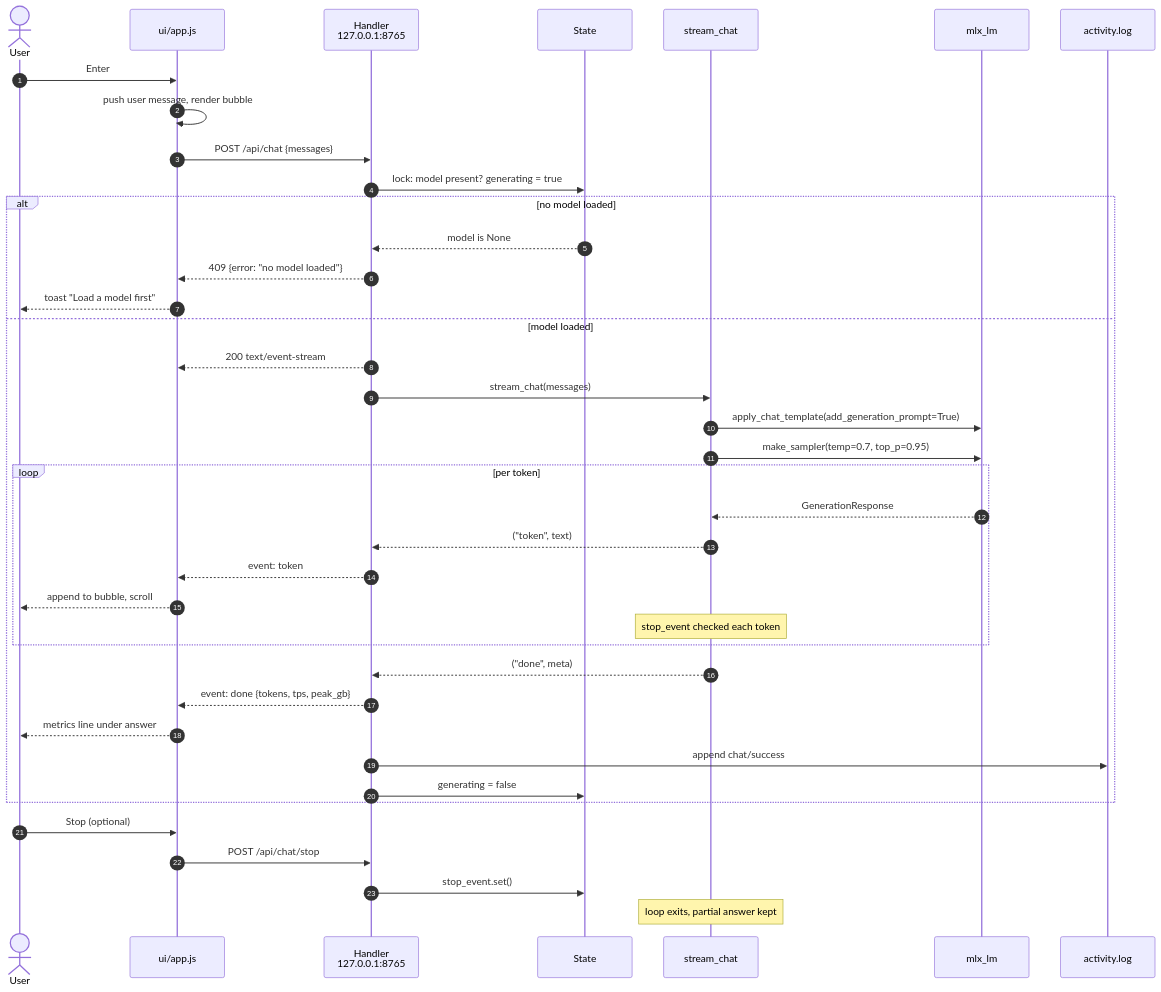
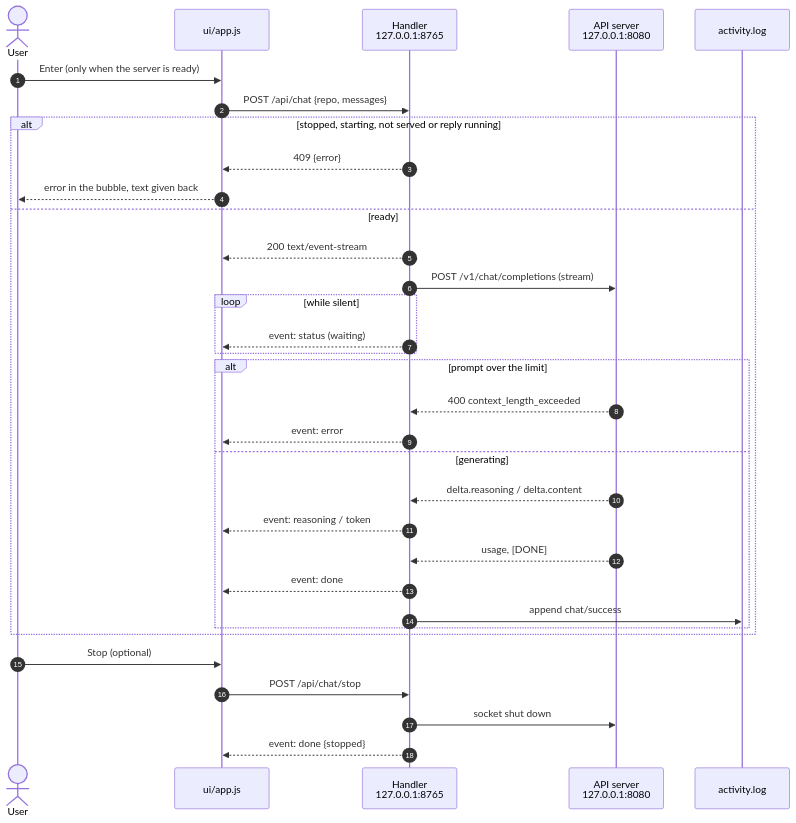
The diagram in docs/diagrams/chat-flow.md (DipeshPansuriya/MLX_Model_App), drawn with Mermaid before and after one commit. The commit also changed other lines of this file and 114 other files, not shown here.

First line of the commit message:
release: 2.0.13 direct MLX and OptiQ engines, load test up to 1M, new start flow (#31)

````diff
--- a/docs/diagrams/chat-flow.md
+++ b/docs/diagrams/chat-flow.md
@@ -16,43 +16,36 @@
 ```mermaid
 sequenceDiagram
     autonumber
     actor U as User
     participant UI as ui/app.js
     participant H as Handler<br/>127.0.0.1:8765
-    participant S as State
-    participant G as stream_chat
-    participant M as mlx_lm
+    participant A as API server<br/>127.0.0.1:8080
     participant L as activity.log
 
-    U->>UI: Enter
-    UI->>UI: push user message, render bubble
-    UI->>H: POST /api/chat {messages}
-    H->>S: lock: model present? generating = true
-    alt no model loaded
-        S-->>H: model is None
-        H-->>UI: 409 {error: "no model loaded"}
-        UI-->>U: toast "Load a model first"
-    else model loaded
+    U->>UI: Enter (only when the server is ready)
+    UI->>H: POST /api/chat {repo, messages}
+    alt stopped, starting, not served or reply running
+        H-->>UI: 409 {error}
+        UI-->>U: error in the bubble, text given back
+    else ready
         H-->>UI: 200 text/event-stream
-        H->>G: stream_chat(messages)
-        G->>M: apply_chat_template(add_generation_prompt=True)
-        G->>M: make_sampler(temp=0.7, top_p=0.95)
-        loop per token
-            M-->>G: GenerationResponse
-            G-->>H: ("token", text)
-            H-->>UI: event: token
-            UI-->>U: append to bubble, scroll
-            Note over G: stop_event checked each token
+        H->>A: POST /v1/chat/completions (stream)
+        loop while silent
+            H-->>UI: event: status (waiting)
         end
-        G-->>H: ("done", meta)
-        H-->>UI: event: done {tokens, tps, peak_gb}
-        UI-->>U: metrics line under answer
-        H->>L: append chat/success
-        H->>S: generating = false
+        alt prompt over the limit
+            A-->>H: 400 context_length_exceeded
+            H-->>UI: event: error
+        else generating
+            A-->>H: delta.reasoning / delta.content
+            H-->>UI: event: reasoning / token
+            A-->>H: usage, [DONE]
+            H-->>UI: event: done
+            H->>L: append chat/success
+        end
     end
-
     U->>UI: Stop (optional)
     UI->>H: POST /api/chat/stop
-    H->>S: stop_event.set()
-    Note over G: loop exits, partial answer kept
+    H->>A: socket shut down
+    H-->>UI: event: done {stopped}
 ```
````
